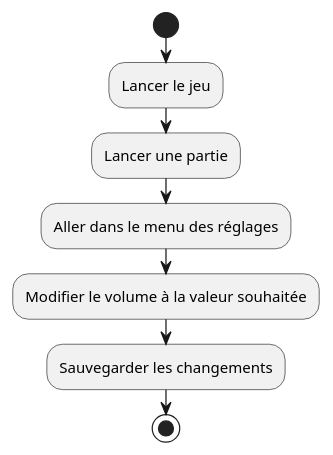
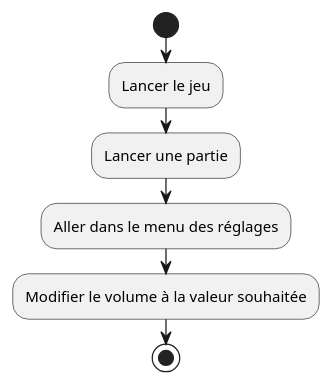
Before and after one commit to LosVerinos/Crossy-Road: the diagram in Analyse/ActivityDiagram/consultParam.puml, drawn with PlantUML. The commit also changed 5 other files, not shown here.

Commit message:
review des diagrammes d'activités

```diff
--- a/Analyse/ActivityDiagram/consultParam.puml
+++ b/Analyse/ActivityDiagram/consultParam.puml
@@ -1,9 +1,8 @@
 @startuml ConsultParamActivity
 start
 :Lancer le jeu;
 :Lancer une partie;
 :Aller dans le menu des réglages;
 :Modifier le volume à la valeur souhaitée;
-:Sauvegarder les changements;
 stop
 @enduml
```
